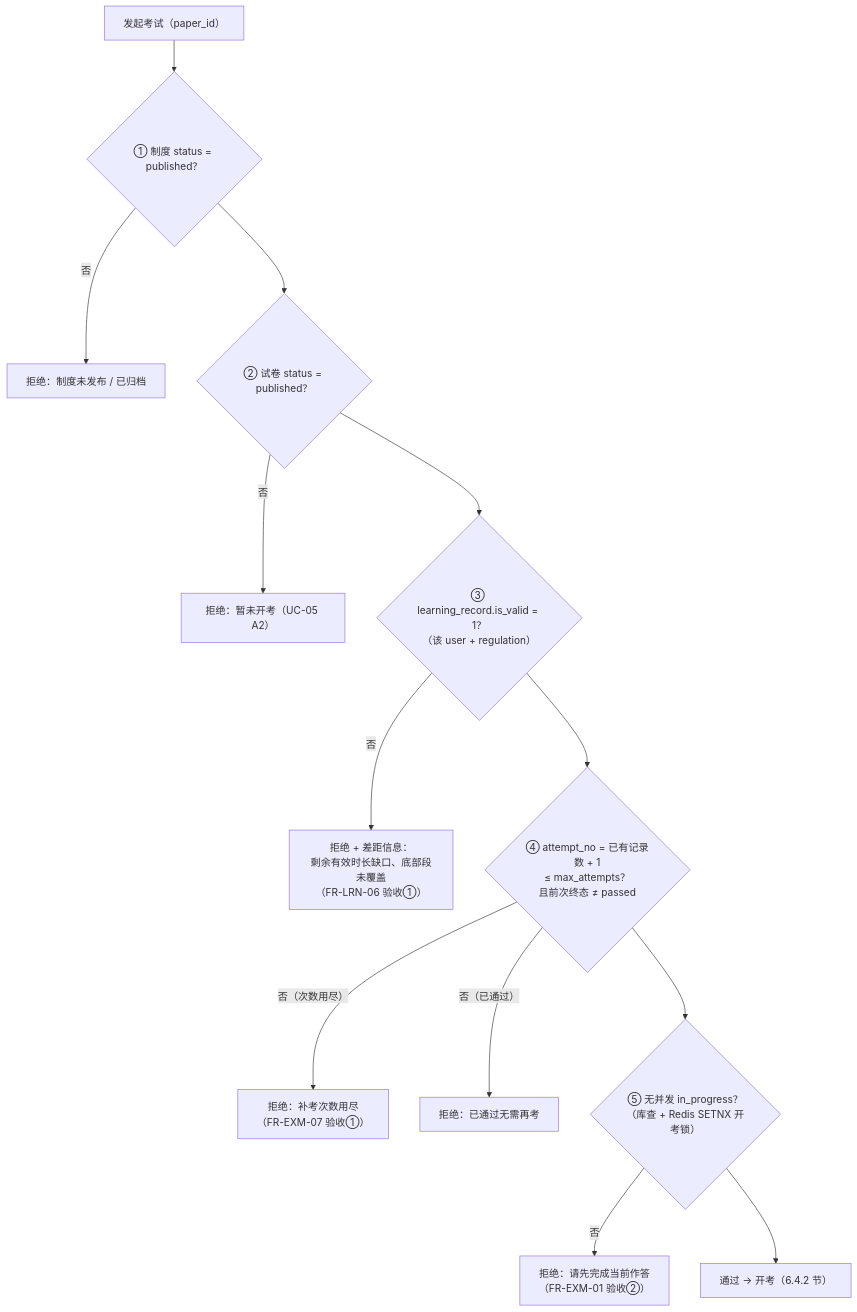
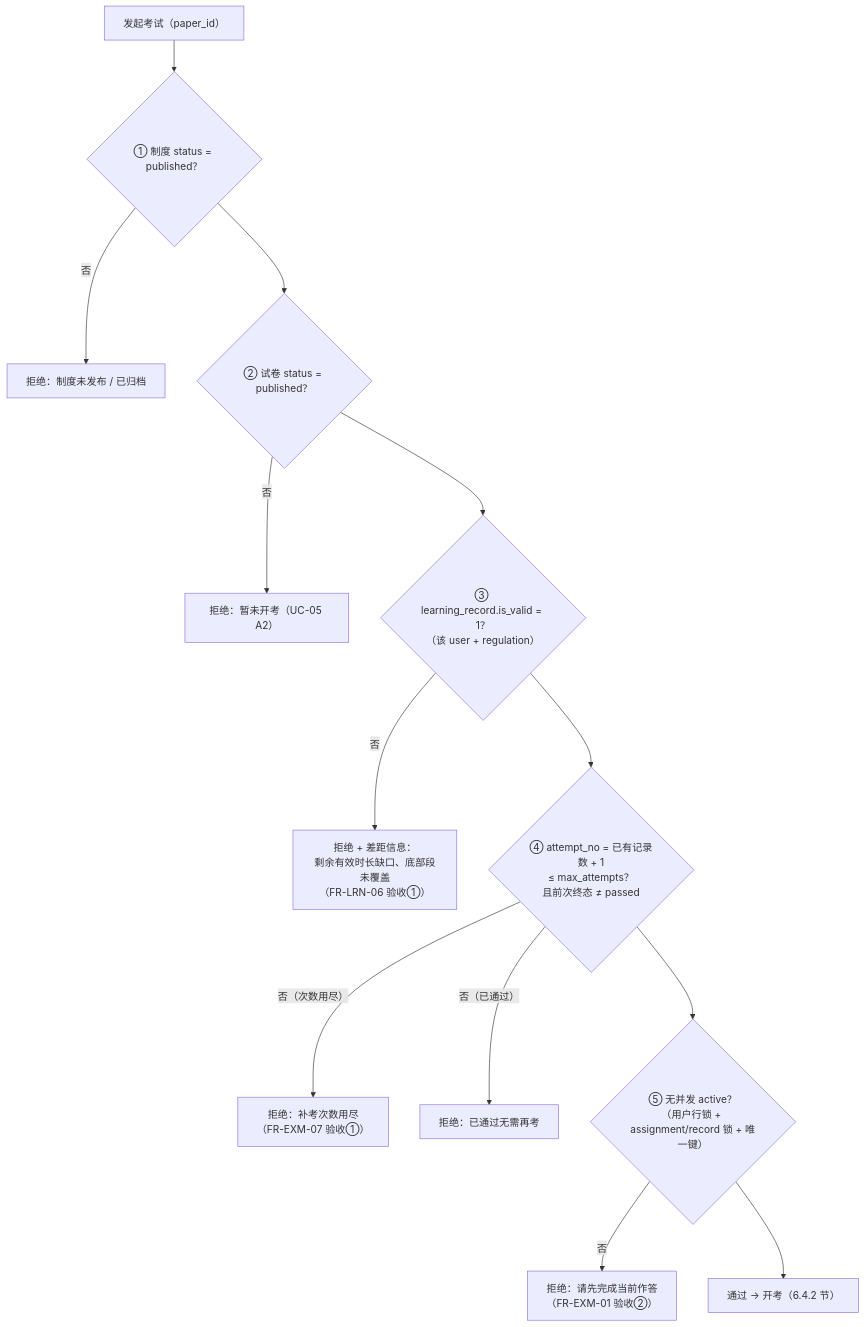
One commit to caoguanjie/emodor-exam changed diagram 17 of 19 in docs/design/05-模块设计.md. Above: the diagram before and after it, drawn with Mermaid. The commit also changed other lines of this file and 19 other files, not shown here.

````diff
--- a/docs/design/05-模块设计.md
+++ b/docs/design/05-模块设计.md
@@ -1153,15 +1157,15 @@
 ```mermaid
 flowchart TB
     A["发起考试（paper_id）"] --> B1{"① 制度 status = published？"}
     B1 -->|"否"| R1["拒绝：制度未发布 / 已归档"]
     B1 --> B2{"② 试卷 status = published？"}
     B2 -->|"否"| R2["拒绝：暂未开考（UC-05 A2）"]
     B2 --> B3{"③ learning_record.is_valid = 1？<br/>（该 user + regulation）"}
     B3 -->|"否"| R3["拒绝 + 差距信息：<br/>剩余有效时长缺口、底部段未覆盖<br/>（FR-LRN-06 验收①）"]
     B3 --> B4{"④ attempt_no = 已有记录数 + 1<br/>≤ max_attempts？<br/>且前次终态 ≠ passed"}
     B4 -->|"否（次数用尽）"| R4["拒绝：补考次数用尽<br/>（FR-EXM-07 验收①）"]
     B4 -->|"否（已通过）"| R5["拒绝：已通过无需再考"]
-    B4 --> B5{"⑤ 无并发 in_progress？<br/>（库查 + Redis SETNX 开考锁）"}
+    B4 --> B5{"⑤ 无并发 active？<br/>（用户行锁 + assignment/record 锁 + 唯一键）"}
     B5 -->|"否"| R6["拒绝：请先完成当前作答<br/>（FR-EXM-01 验收②）"]
     B5 --> OK["通过 → 开考（6.4.2 节）"]
 ```
````
